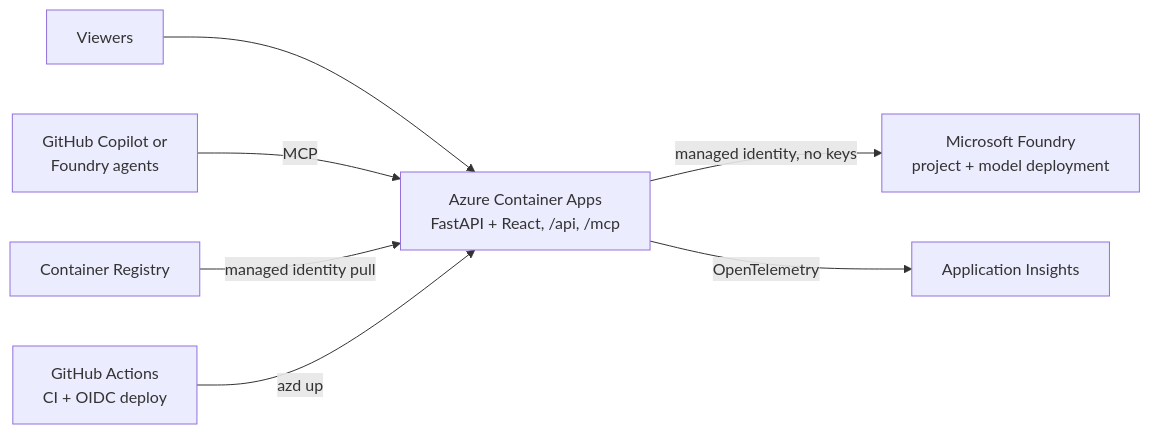
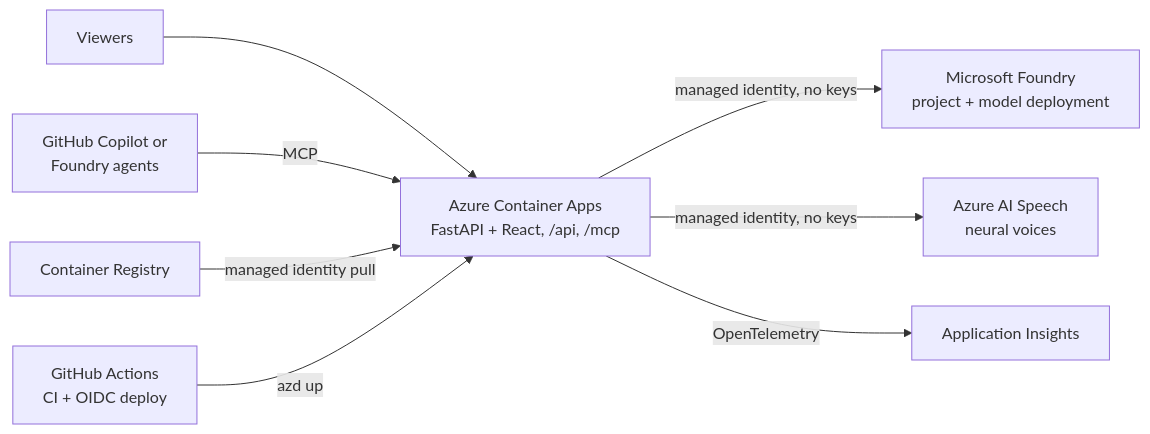
The fourth of 4 diagrams in docs/ARCHITECTURE.md (UttyWotty/insidethegame-microsoft-hackathon), drawn with Mermaid before and after one commit. The commit also changed other lines of this file and 5 other files, not shown here.

Commit message:
Refresh status, calibration, architecture, and submission docs

````diff
--- a/docs/ARCHITECTURE.md
+++ b/docs/ARCHITECTURE.md
@@ -91,9 +102,10 @@
 ```mermaid
 flowchart LR
     U[Viewers] --> CA[Azure Container Apps<br/>FastAPI + React, /api, /mcp]
     GH[GitHub Copilot or<br/>Foundry agents] -->|MCP| CA
     CA -->|managed identity, no keys| F[Microsoft Foundry<br/>project + model deployment]
+    CA -->|managed identity, no keys| SP[Azure AI Speech<br/>neural voices]
     CA -->|OpenTelemetry| AI[Application Insights]
     CR[Container Registry] -->|managed identity pull| CA
     GA[GitHub Actions<br/>CI + OIDC deploy] -->|azd up| CA
 ```
````
